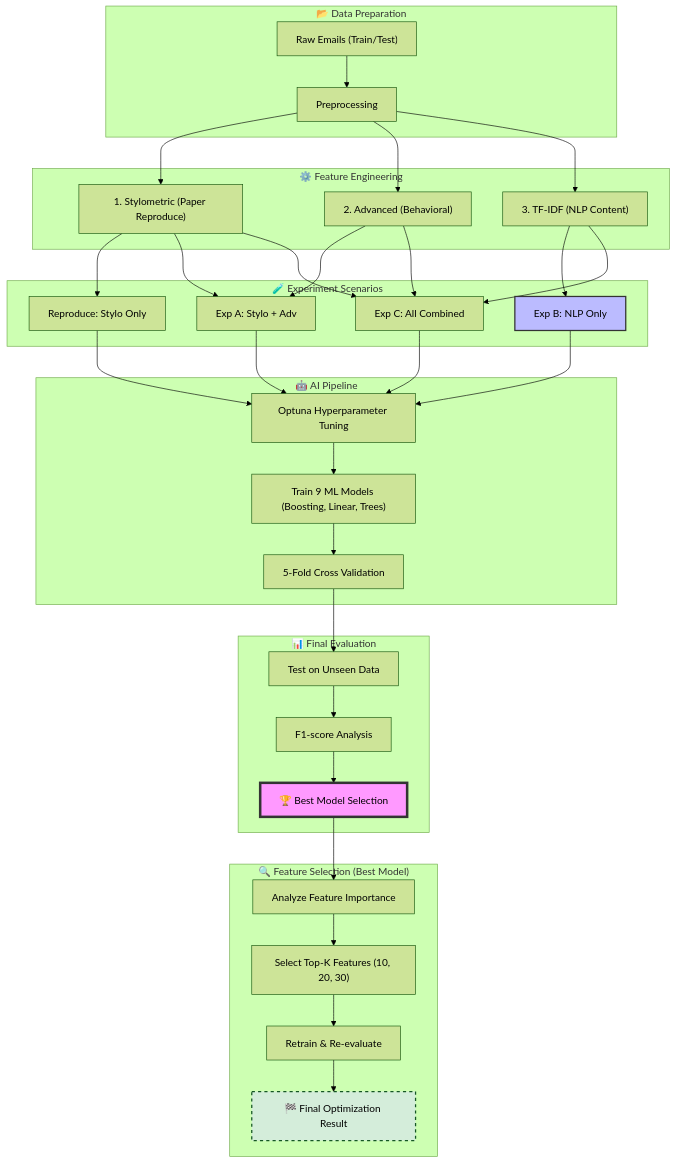
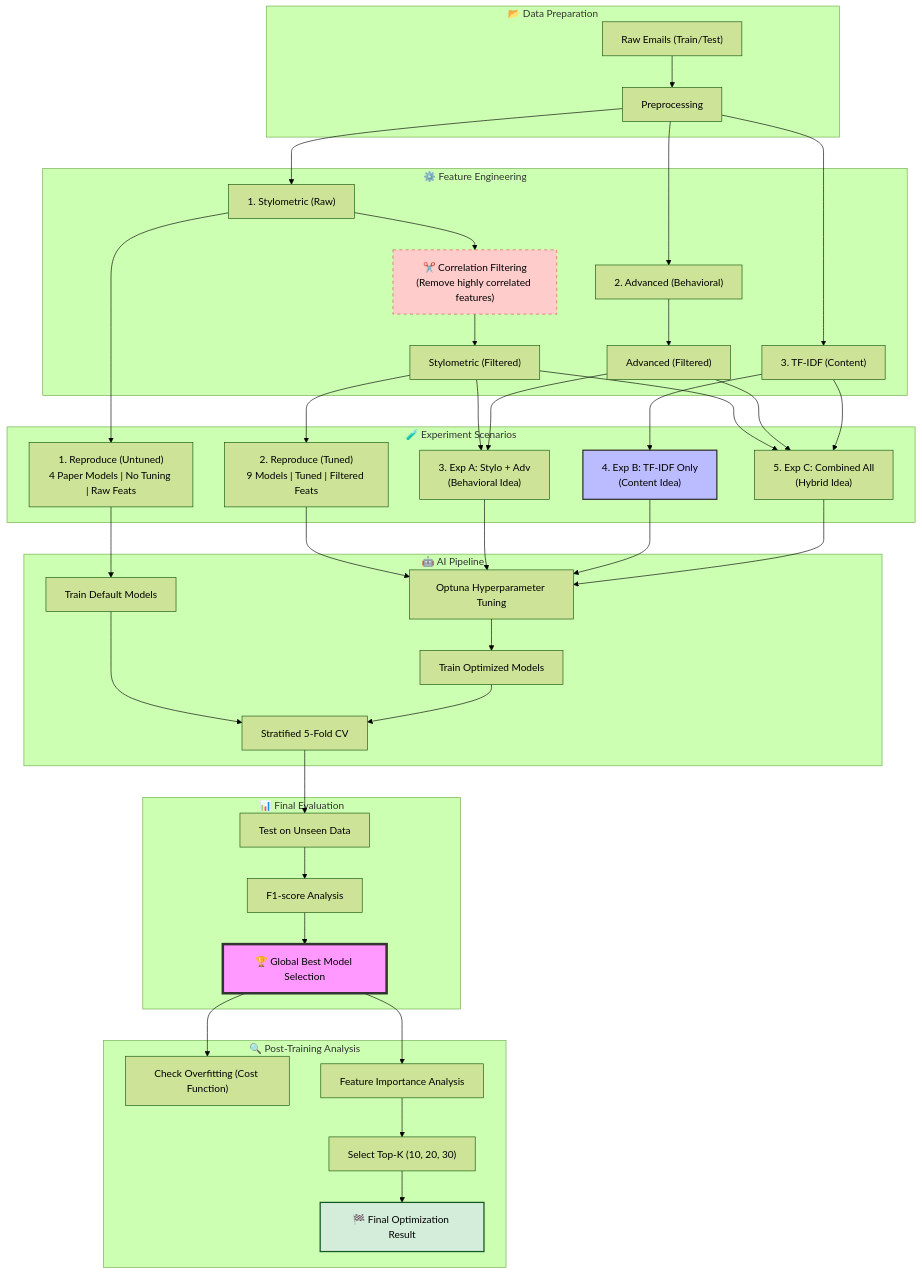
Before and after one commit to techasit239/Final-Project---DADS6003: the diagram in README.md, drawn with Mermaid (forest theme).

````diff
--- a/README.md
+++ b/README.md
@@ -102,42 +102,57 @@
    ```mermaid
 flowchart TD
     subgraph Input ["📂 Data Preparation"]
         Raw["Raw Emails (Train/Test)"] --> Clean["Preprocessing"];
     end
 
     subgraph Features ["⚙️ Feature Engineering"]
-        Clean --> Feat1["1. Stylometric (Paper Reproduce)"];
-        Clean --> Feat2["2. Advanced (Behavioral)"];
-        Clean --> Feat3["3. TF-IDF (NLP Content)"];
+        Clean --> FeatRaw["1. Stylometric (Raw)"];
+        Clean --> FeatAdv["2. Advanced (Behavioral)"];
+        Clean --> FeatTFIDF["3. TF-IDF (Content)"];
+        
+        FeatRaw --> SelectCorr["✂️ Correlation Filtering<br/>(Remove highly correlated features)"];
+        SelectCorr --> FeatStyloFiltered["Stylometric (Filtered)"];
+        FeatAdv --> FeatAdvFiltered["Advanced (Filtered)"];
     end
 
     subgraph Experiments ["🧪 Experiment Scenarios"]
-        Feat1 --> ExpR["Reproduce: Stylo Only"];
-        Feat1 & Feat2 --> ExpA["Exp A: Stylo + Adv"];
-        Feat3 --> ExpB["Exp B: NLP Only"];
-        Feat1 & Feat2 & Feat3 --> ExpC["Exp C: All Combined"];
+        %% Reproduce (Untuned)
+        FeatRaw --> ExpR_Untuned["1. Reproduce (Untuned)<br/>4 Paper Models | No Tuning | Raw Feats"];
+        
+        %% New Ideas (Tuned)
+        FeatStyloFiltered --> ExpR_Tuned["2. Reproduce (Tuned)<br/>9 Models | Tuned | Filtered Feats"];
+        
+        FeatStyloFiltered & FeatAdvFiltered --> ExpA["3. Exp A: Stylo + Adv<br/>(Behavioral Idea)"];
+        
+        FeatTFIDF --> ExpB["4. Exp B: TF-IDF Only<br/>(Content Idea)"];
+        
+        FeatStyloFiltered & FeatAdvFiltered & FeatTFIDF --> ExpC["5. Exp C: Combined All<br/>(Hybrid Idea)"];
     end
 
     subgraph Modeling ["🤖 AI Pipeline"]
-        ExpR & ExpA & ExpB & ExpC --> Tuning["Optuna Hyperparameter Tuning"];
-        Tuning --> Train["Train 9 ML Models (Boosting, Linear, Trees)"];
-        Train --> Valid["5-Fold Cross Validation"];
+        ExpR_Untuned --> TrainDefault["Train Default Models"];
+        
+        ExpR_Tuned & ExpA & ExpB & ExpC --> Tuning["Optuna Hyperparameter Tuning"];
+        Tuning --> TrainTuned["Train Optimized Models"];
+        
+        TrainDefault & TrainTuned --> Valid["Stratified 5-Fold CV"];
     end
 
     subgraph Result ["📊 Final Evaluation"]
         Valid --> Test["Test on Unseen Data"];
         Test --> Metrics["F1-score Analysis"];
-        Metrics --> Winner["🏆 Best Model Selection"];
+        Metrics --> Winner["🏆 Global Best Model Selection"];
     end
 
-    subgraph Optimization ["🔍 Feature Selection (Best Model)"]
-        Winner --> Importance["Analyze Feature Importance"];
-        Importance --> TopK["Select Top-K Features (10, 20, 30)"];
-        TopK --> Retrain["Retrain & Re-evaluate"];
-        Retrain --> Final["🏁 Final Optimization Result"];
+    subgraph Optimization ["🔍 Post-Training Analysis"]
+        Winner --> Overfit["Check Overfitting (Cost Function)"];
+        Winner --> Importance["Feature Importance Analysis"];
+        Importance --> TopK["Select Top-K (10, 20, 30)"];
+        TopK --> Final["🏁 Final Optimization Result"];
     end
 
     style Winner fill:#f9f,stroke:#333,stroke-width:4px
     style ExpB fill:#bbf,stroke:#333,stroke-width:2px
-    style Final fill:#d4edda,stroke:#155724,stroke-width:2px,stroke-dasharray: 5 5
+    style SelectCorr fill:#ffcccc,stroke:#d9534f,stroke-width:1px,stroke-dasharray: 5 5
+    style Final fill:#d4edda,stroke:#155724,stroke-width:2px
    ```
````
